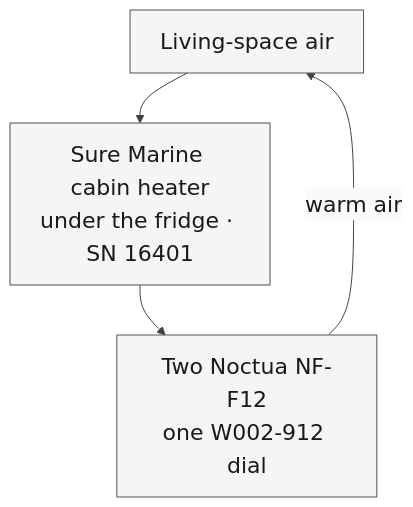
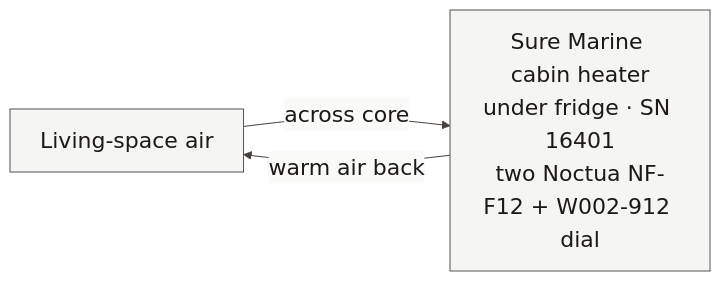
Before and after one commit to benracine/sprinter-heat: the diagram in book/diagrams/cabin-air.mmd, drawn with Mermaid. The commit also changed 6 other files, not shown here.

```diff
--- a/book/diagrams/cabin-air.mmd
+++ b/book/diagrams/cabin-air.mmd
@@ -1,8 +1,7 @@
 %%{init: {'theme':'base','themeVariables': {'background':'#fafaf9','primaryColor':'#f5f5f4','primaryTextColor':'#1c1917','primaryBorderColor':'#57534e','lineColor':'#44403c','secondaryColor':'#e7e5e4','tertiaryColor':'#eeeeec','fontFamily':'Avenir Next, Avenir, Helvetica Neue, sans-serif','fontSize':'22px','textColor':'#1c1917','mainBkg':'#f5f5f4','clusterBkg':'#eeeeec','clusterBorder':'#78716c','edgeLabelBackground':'#fafaf9'}}}%%
-flowchart TD
-  C[Living-space air] --> F["Sure Marine cabin heater<br/>under the fridge · SN 16401"]
-  F --> FAN["Two Noctua NF-F12<br/>one W002-912 dial"]
-  FAN -->|warm air| C
+flowchart LR
+  C[Living-space air] -->|"across core"| F["Sure Marine cabin heater<br/>under fridge · SN 16401<br/>two Noctua NF-F12 + W002-912 dial"]
+  F -->|warm air back| C
 
   classDef normal fill:#f5f5f4,stroke:#57534e,stroke-width:1px,color:#1c1917;
-  class C,F,FAN normal;
+  class C,F normal;
```
